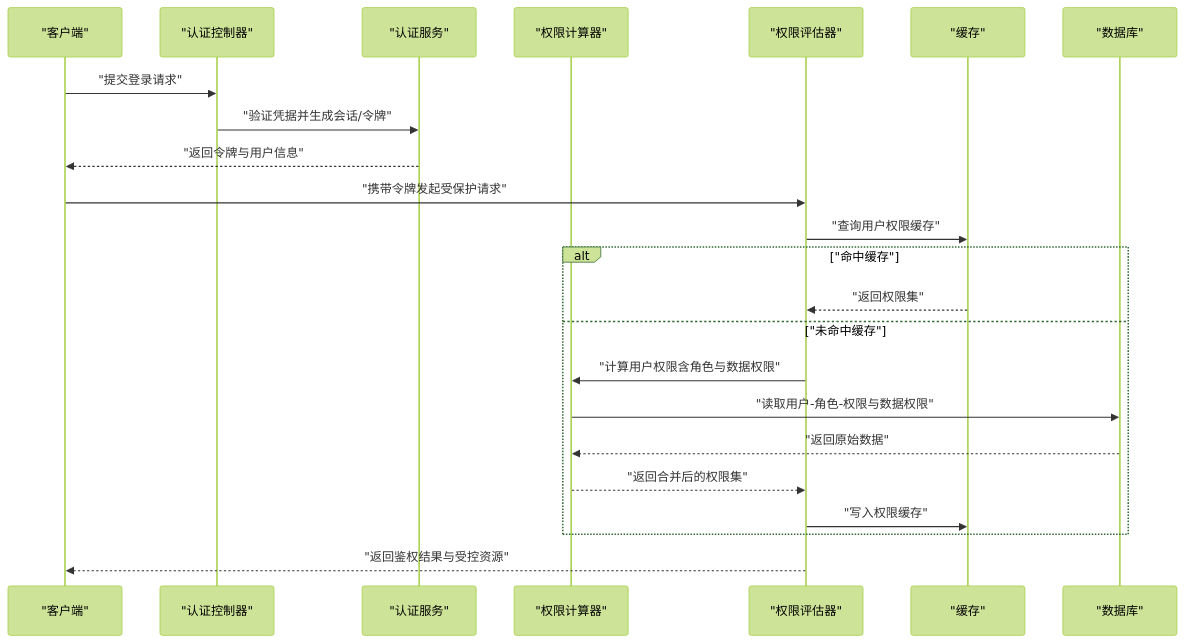
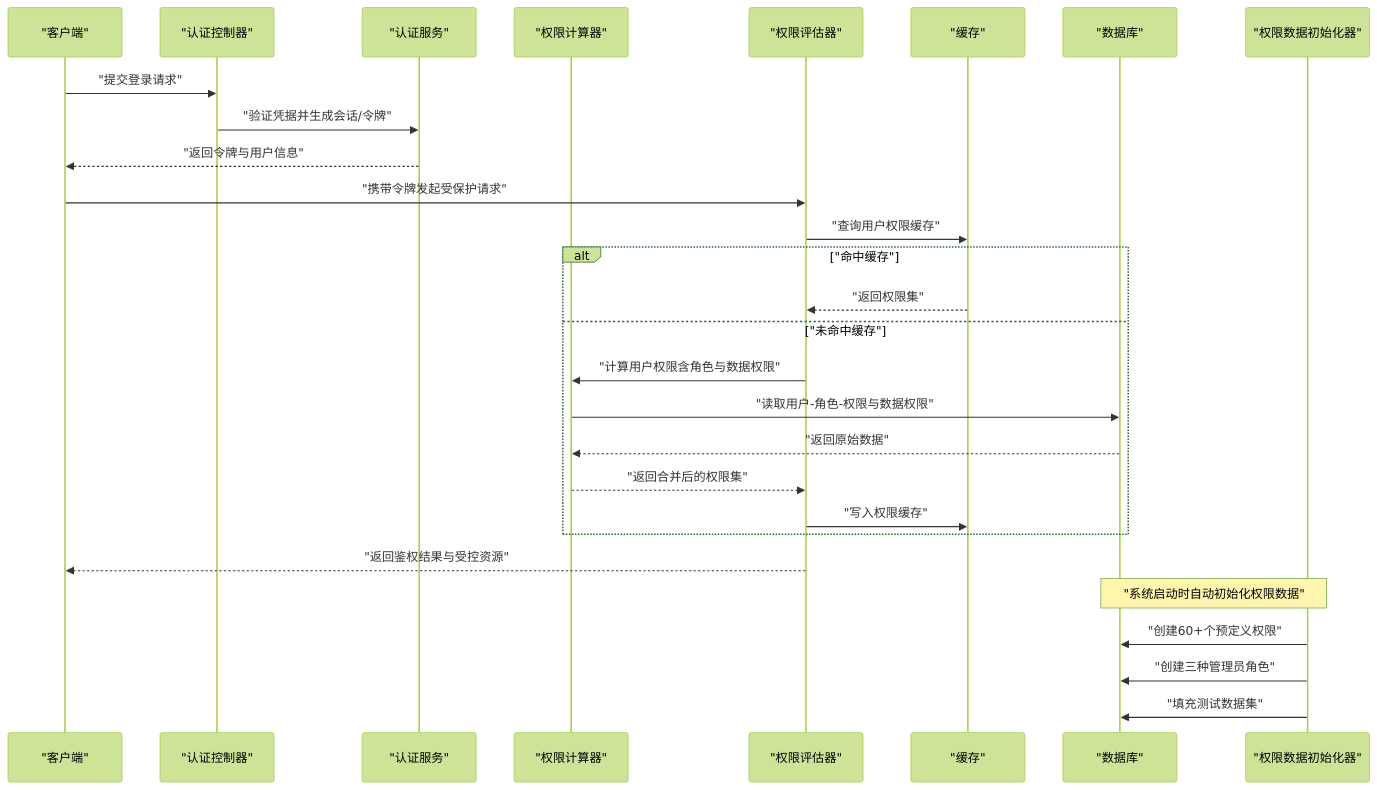
One commit to liming-lihaini/workflow changed the second of 10 diagrams in .qoder/repowiki/zh/content/权限控制系统/权限控制系统.md. Above: the diagram before and after it, drawn with Mermaid (forest theme). The commit also changed other lines of this file and 46 other files, not shown here.

````diff
--- a/.qoder/repowiki/zh/content/权限控制系统/权限控制系统.md
+++ b/.qoder/repowiki/zh/content/权限控制系统/权限控制系统.md
@@ -195,25 +215,30 @@
 ```mermaid
 sequenceDiagram
 participant Client as "客户端"
 participant AuthC as "认证控制器"
 participant AuthS as "认证服务"
 participant Calc as "权限计算器"
 participant Eval as "权限评估器"
 participant Cache as "缓存"
 participant DB as "数据库"
+participant Init as "权限数据初始化器"
 Client->>AuthC : "提交登录请求"
 AuthC->>AuthS : "验证凭据并生成会话/令牌"
 AuthS-->>Client : "返回令牌与用户信息"
 Client->>Eval : "携带令牌发起受保护请求"
 Eval->>Cache : "查询用户权限缓存"
 alt "命中缓存"
 Cache-->>Eval : "返回权限集"
 else "未命中缓存"
 Eval->>Calc : "计算用户权限含角色与数据权限"
 Calc->>DB : "读取用户-角色-权限与数据权限"
 DB-->>Calc : "返回原始数据"
 Calc-->>Eval : "返回合并后的权限集"
 Eval->>Cache : "写入权限缓存"
 end
 Eval-->>Client : "返回鉴权结果与受控资源"
+Note over Init,DB : "系统启动时自动初始化权限数据"
+Init->>DB : "创建60+个预定义权限"
+Init->>DB : "创建三种管理员角色"
+Init->>DB : "填充测试数据集"
 ```
````
